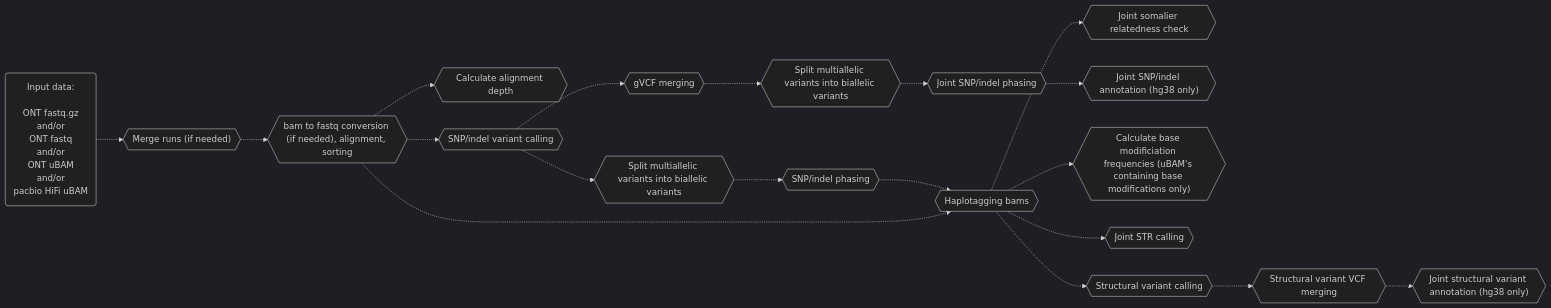
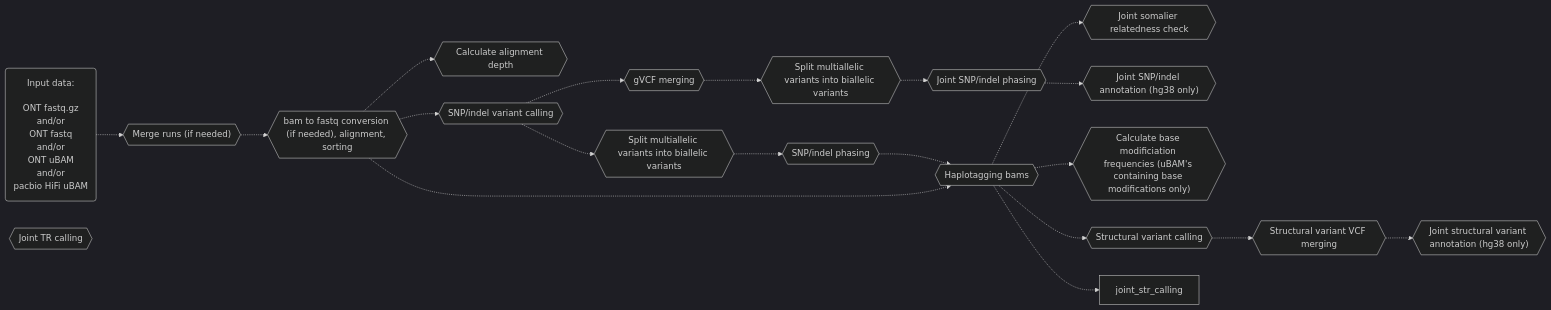
The second of 3 diagrams in README.md (leahkemp/pipeface), drawn with Mermaid before and after one commit. The commit also changed other lines of this file, not shown here.

````diff
--- a/README.md
+++ b/README.md
@@ -47,33 +47,33 @@
 ```mermaid
 %%{init: {'theme':'dark'}}%%
 flowchart LR
 
 input_data("Input data: <br><br> ONT fastq.gz <br> and/or <br> ONT fastq <br> and/or <br> ONT uBAM <br> and/or <br> pacbio HiFi uBAM")
 merging{{"Merge runs (if needed)"}}
 alignment{{"bam to fastq conversion (if needed), alignment, sorting"}}
 depth{{"Calculate alignment depth"}}
 snp_indel_calling{{"SNP/indel variant calling"}}
 split_multiallele{{"Split multiallelic variants into biallelic variants"}}
 snp_indel_phasing{{"SNP/indel phasing"}}
 joint_somalier{{"Joint somalier relatedness check"}}
 gvcf_merging{{"gVCF merging"}}
 joint_split_multiallele{{"Split multiallelic variants into biallelic variants"}}
 joint_snp_indel_phasing{{"Joint SNP/indel phasing"}}
 joint_snp_indel_annotation{{"Joint SNP/indel annotation (hg38 only)"}}
 haplotagging{{"Haplotagging bams"}}
 calculate_base_mod_freqs{{"Calculate base modificiation frequencies (uBAM's containing base modifications only)"}}
-joint_str_calling{{"Joint STR calling"}}
+joint_tr_calling{{"Joint TR calling"}}
 sv_calling{{"Structural variant calling"}}
 sv_vcf_merging{{"Structural variant VCF merging"}}
 joint_sv_annotation{{"Joint structural variant annotation (hg38 only)"}}
 
 input_data-.->merging-.->alignment-.->snp_indel_calling-.->split_multiallele-.->snp_indel_phasing-.->haplotagging-.->sv_calling
 alignment-.->depth
 alignment-.->haplotagging
 haplotagging-.->calculate_base_mod_freqs
 haplotagging-.->joint_str_calling
 haplotagging-.->joint_somalier
 snp_indel_calling-.->gvcf_merging-.->joint_split_multiallele-.->joint_snp_indel_phasing-.->joint_snp_indel_annotation
 sv_calling-.->sv_vcf_merging-.->joint_sv_annotation
 
 ```
````
